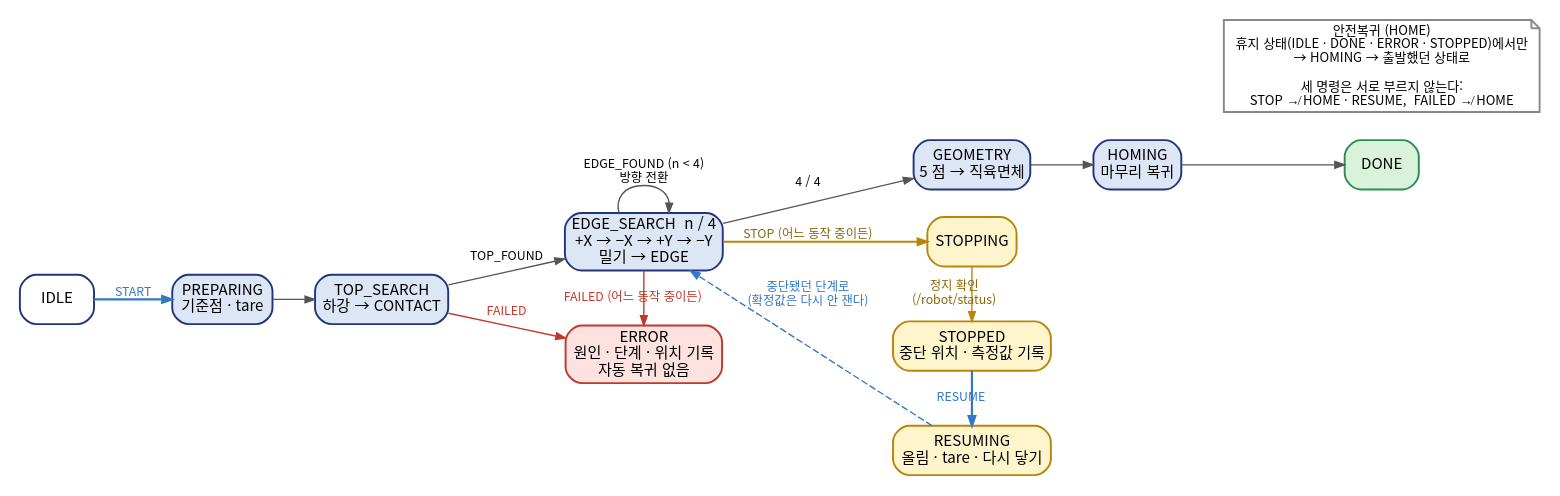
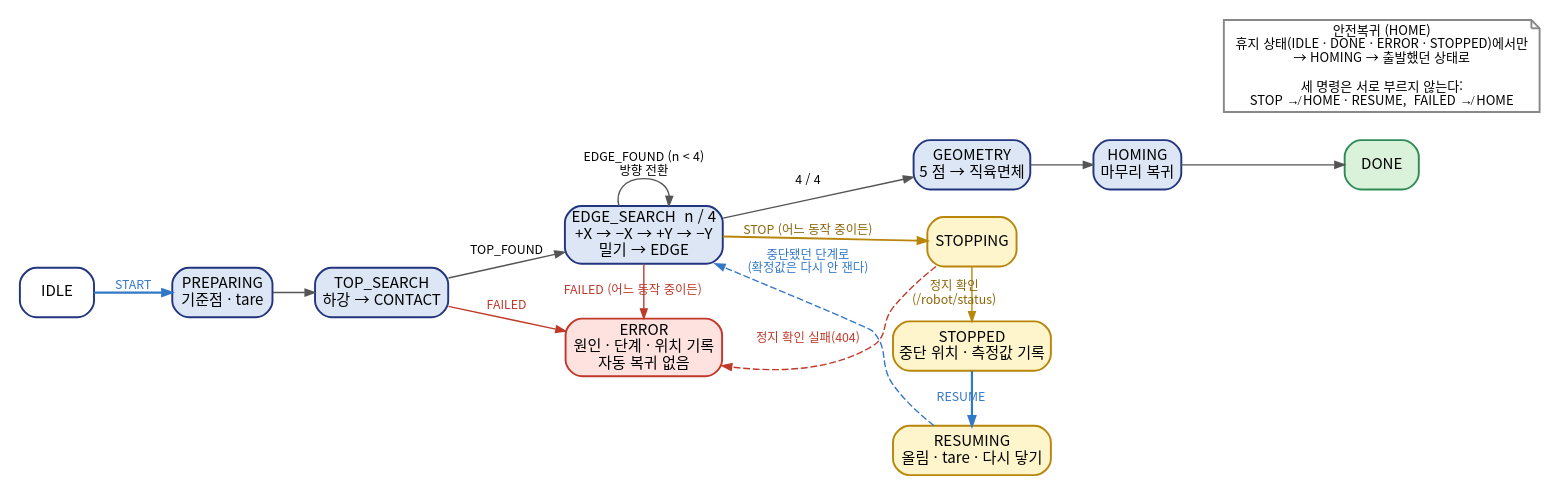
Before and after one commit to yujh5537/rokey_cobot1_Weld-Made: the diagram in docs/presentation/assets/byeonghu/scan-state-machine.dot, drawn with Graphviz. The commit also changed 15 other files, not shown here.

```diff
--- a/docs/presentation/assets/byeonghu/scan-state-machine.dot
+++ b/docs/presentation/assets/byeonghu/scan-state-machine.dot
@@ -1,41 +1,42 @@
 // 04-④ 1/2 scan_manager 상태기계. 원본 텍스트, png 는 figures.py 가 만든다.
 // 근거: ws_cobot1/src/scan_manager/README.md "상태 기계 · 전이도 · 전이표" (state_machine.py 의 COMMAND_TRANSITIONS · SIGNAL_TRANSITIONS)
 digraph sm {
   graph [rankdir=LR, fontname="Noto Sans CJK KR", fontsize=11, nodesep=0.28, ranksep=0.42, newrank=true, pad=0.1];
   node  [fontname="Noto Sans CJK KR", fontsize=11, shape=box, style="rounded,filled", fillcolor="#DCE6F5", color="#22357F", penwidth=1.4, margin="0.08,0.04"];
   edge  [fontname="Noto Sans CJK KR", fontsize=9, color="#555555", arrowsize=0.7];
 
   IDLE [fillcolor="#FFFFFF"];
   PREPARING [label="PREPARING\n기준점 · tare"];
   TOP [label="TOP_SEARCH\n하강 → CONTACT"];
   ESRCH [label="EDGE_SEARCH  n / 4\n+X → −X → +Y → −Y\n밀기 → EDGE"];
   GEOM [label="GEOMETRY\n5 점 → 직육면체"];
   HOMING [label="HOMING\n마무리 복귀"];
   DONE [fillcolor="#D9F2D9", color="#2E8B57"];
 
   STOPPING [fillcolor="#FFF5CC", color="#B8860B"];
   STOPPED [label="STOPPED\n중단 위치 · 측정값 기록", fillcolor="#FFF5CC", color="#B8860B"];
   RESUMING [label="RESUMING\n올림 · tare · 다시 닿기", fillcolor="#FFF5CC", color="#B8860B"];
   ERROR [label="ERROR\n원인 · 단계 · 위치 기록\n자동 복귀 없음", fillcolor="#FDE2E0", color="#C0392B"];
 
   IDLE -> PREPARING [label="START", color="#3378C8", fontcolor="#3378C8", penwidth=1.6];
   PREPARING -> TOP;
   TOP -> ESRCH [label="TOP_FOUND"];
   ESRCH -> ESRCH [label="EDGE_FOUND (n < 4)\n방향 전환"];
   ESRCH -> GEOM [label="4 / 4"];
   GEOM -> HOMING;
   HOMING -> DONE;
 
   ESRCH -> STOPPING [label="STOP (어느 동작 중이든)", color="#B8860B", fontcolor="#8B6508", penwidth=1.4];
   STOPPING -> STOPPED [label="정지 확인\n(/robot/status)", color="#B8860B", fontcolor="#8B6508"];
   STOPPED -> RESUMING [label="RESUME", color="#3378C8", fontcolor="#3378C8", penwidth=1.6];
   RESUMING -> ESRCH [label="중단됐던 단계로\n(확정값은 다시 안 잰다)", color="#3378C8", fontcolor="#3378C8", style=dashed];
   TOP -> ERROR [label="FAILED", color="#C0392B", fontcolor="#C0392B"];
+  STOPPING -> ERROR [label="정지 확인 실패(404)", color="#C0392B", fontcolor="#C0392B", style=dashed];
   ESRCH -> ERROR [label="FAILED (어느 동작 중이든)", color="#C0392B", fontcolor="#C0392B"];
 
   HOMEBOX [shape=note, fillcolor="#FFFFFF", color="#888888", fontsize=9.5, label="안전복귀 (HOME)\n휴지 상태(IDLE · DONE · ERROR · STOPPED)에서만\n→ HOMING → 출발했던 상태로\n\n세 명령은 서로 부르지 않는다:\nSTOP ↛ HOME · RESUME,  FAILED ↛ HOME"];
 
   {rank=same; STOPPING; STOPPED; RESUMING;}
   {rank=same; ESRCH; ERROR;}
   {rank=same; DONE; HOMEBOX;}
 }
```
